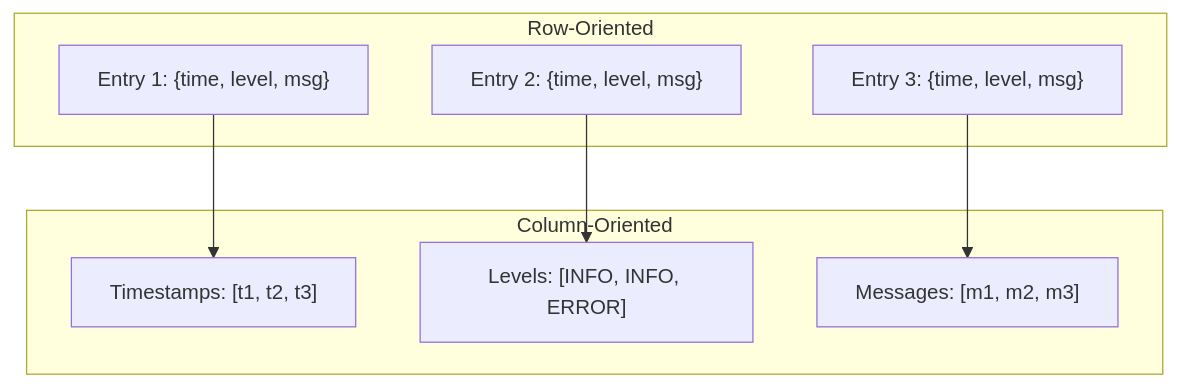
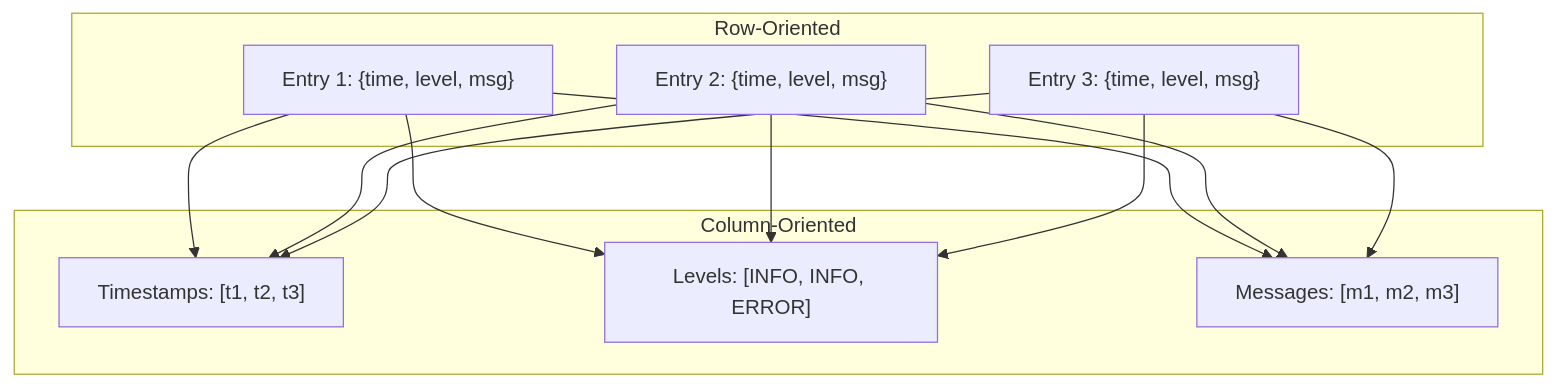
The second of 3 diagrams in posts/2026-01-30-log-compression/README.md (OneUptime/blog), drawn with Mermaid before and after one commit. The commit also changed other lines of this file and 2 other files, not shown here.

````diff
--- a/posts/2026-01-30-log-compression/README.md
+++ b/posts/2026-01-30-log-compression/README.md
@@ -252,18 +252,24 @@
 ```mermaid
 flowchart TB
     subgraph "Row-Oriented"
         R1["Entry 1: {time, level, msg}"]
         R2["Entry 2: {time, level, msg}"]
         R3["Entry 3: {time, level, msg}"]
     end
 
     subgraph "Column-Oriented"
         C1["Timestamps: [t1, t2, t3]"]
         C2["Levels: [INFO, INFO, ERROR]"]
         C3["Messages: [m1, m2, m3]"]
     end
 
     R1 --> C1
+    R1 --> C2
+    R1 --> C3
+    R2 --> C1
     R2 --> C2
+    R2 --> C3
+    R3 --> C1
+    R3 --> C2
     R3 --> C3
 ```
````
